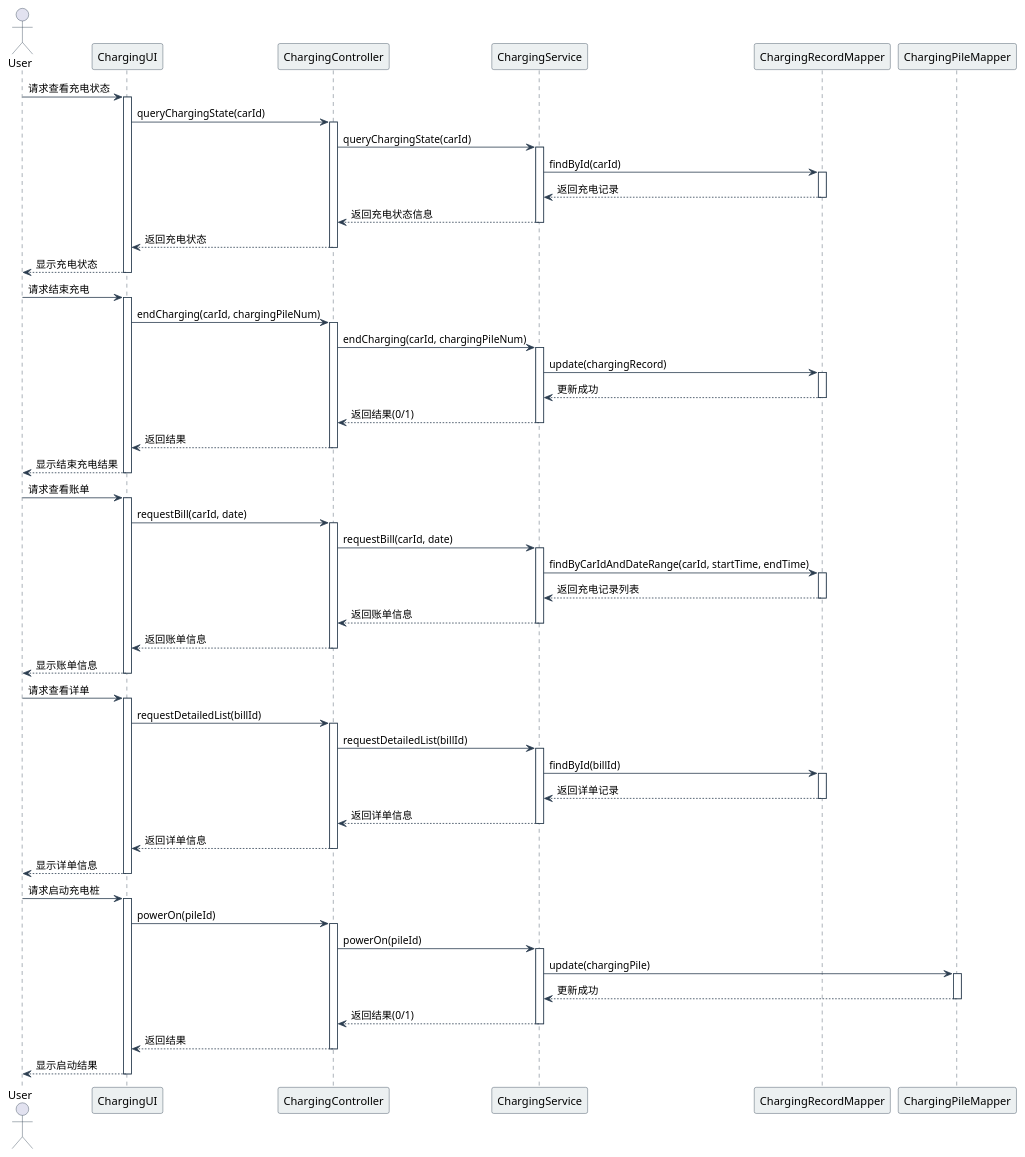
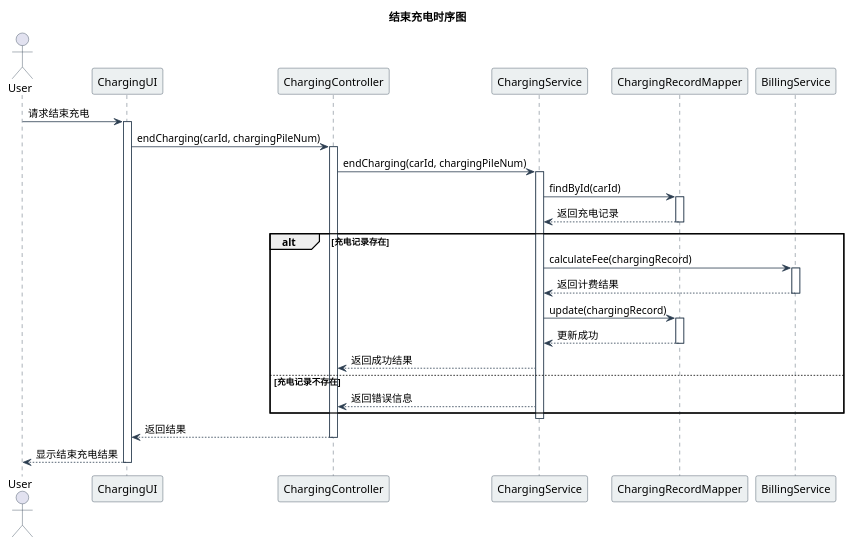
The second of 5 diagrams in src/main/resources/sequence-diagram.puml (jinxiwei1230/ChargingSystem), drawn with PlantUML before and after one commit. The commit also changed other lines of this file and 86 other files, not shown here.

```diff
--- a/src/main/resources/sequence-diagram.puml
+++ b/src/main/resources/sequence-diagram.puml
@@ -1,110 +44,51 @@
-@startuml ChargingSystem
+@startuml ChargingSystem_EndCharging
+title 结束充电时序图
 
 ' 设置样式
 skinparam sequence {
     ArrowColor #2C3E50
     ActorBorderColor #2C3E50
     LifeLineBorderColor #2C3E50
     ParticipantBorderColor #2C3E50
     ParticipantBackgroundColor #ECF0F1
 }
 
 ' 定义参与者
 actor User
 participant "ChargingUI" as UI
 participant "ChargingController" as Controller
 participant "ChargingService" as Service
 participant "ChargingRecordMapper" as Mapper
-participant "ChargingPileMapper" as PileMapper
+participant "BillingService" as Billing
 
-' 1. 查看充电状态
-User -> UI: 请求查看充电状态
-activate UI
-UI -> Controller: queryChargingState(carId)
-activate Controller
-Controller -> Service: queryChargingState(carId)
-activate Service
-Service -> Mapper: findById(carId)
-activate Mapper
-Mapper --> Service: 返回充电记录
-deactivate Mapper
-Service --> Controller: 返回充电状态信息
-deactivate Service
-Controller --> UI: 返回充电状态
-deactivate Controller
-UI --> User: 显示充电状态
-deactivate UI
-
-' 2. 结束充电
+' 结束充电
 User -> UI: 请求结束充电
 activate UI
 UI -> Controller: endCharging(carId, chargingPileNum)
 activate Controller
 Controller -> Service: endCharging(carId, chargingPileNum)
 activate Service
-Service -> Mapper: update(chargingRecord)
+Service -> Mapper: findById(carId)
 activate Mapper
-Mapper --> Service: 更新成功
+Mapper --> Service: 返回充电记录
 deactivate Mapper
-Service --> Controller: 返回结果(0/1)
+alt 充电记录存在
+    Service -> Billing: calculateFee(chargingRecord)
+    activate Billing
+    Billing --> Service: 返回计费结果
+    deactivate Billing
+    Service -> Mapper: update(chargingRecord)
+    activate Mapper
+    Mapper --> Service: 更新成功
+    deactivate Mapper
+    Service --> Controller: 返回成功结果
+else 充电记录不存在
+    Service --> Controller: 返回错误信息
+end
 deactivate Service
 Controller --> UI: 返回结果
 deactivate Controller
 UI --> User: 显示结束充电结果
 deactivate UI
 
-' 3. 查看账单申请
-User -> UI: 请求查看账单
-activate UI
-UI -> Controller: requestBill(carId, date)
-activate Controller
-Controller -> Service: requestBill(carId, date)
-activate Service
-Service -> Mapper: findByCarIdAndDateRange(carId, startTime, endTime)
-activate Mapper
-Mapper --> Service: 返回充电记录列表
-deactivate Mapper
-Service --> Controller: 返回账单信息
-deactivate Service
-Controller --> UI: 返回账单信息
-deactivate Controller
-UI --> User: 显示账单信息
-deactivate UI
-
-' 4. 查看详单申请
-User -> UI: 请求查看详单
-activate UI
-UI -> Controller: requestDetailedList(billId)
-activate Controller
-Controller -> Service: requestDetailedList(billId)
-activate Service
-Service -> Mapper: findById(billId)
-activate Mapper
-Mapper --> Service: 返回详单记录
-deactivate Mapper
-Service --> Controller: 返回详单信息
-deactivate Service
-Controller --> UI: 返回详单信息
-deactivate Controller
-UI --> User: 显示详单信息
-deactivate UI
-
-' 5. 启动充电桩
-User -> UI: 请求启动充电桩
-activate UI
-UI -> Controller: powerOn(pileId)
-activate Controller
-Controller -> Service: powerOn(pileId)
-activate Service
-Service -> PileMapper: update(chargingPile)
-activate PileMapper
-PileMapper --> Service: 更新成功
-deactivate PileMapper
-Service --> Controller: 返回结果(0/1)
-deactivate Service
-Controller --> UI: 返回结果
-deactivate Controller
-UI --> User: 显示启动结果
-deactivate UI
-
-@enduml 
+@enduml
```
